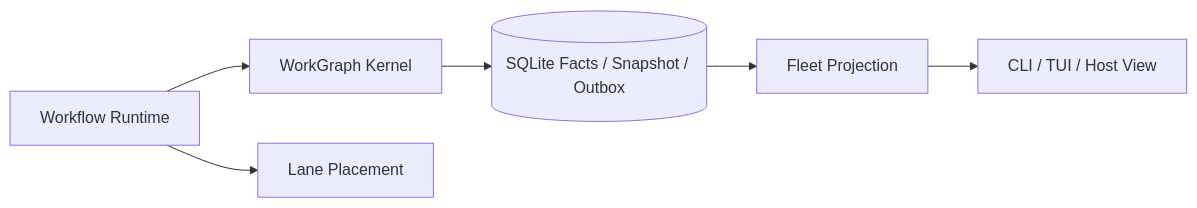
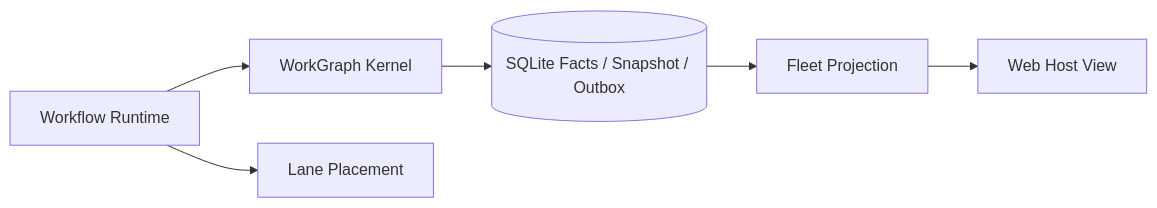
The diagram in docs/book/zh-CN/09-task-orchestration/05-lane-fleet-scheduling.md (fwtllh-png/CodeHelper), drawn with Mermaid before and after one commit. The commit also changed other lines of this file and 517 other files, not shown here.

````diff
--- a/docs/book/zh-CN/09-task-orchestration/05-lane-fleet-scheduling.md
+++ b/docs/book/zh-CN/09-task-orchestration/05-lane-fleet-scheduling.md
@@ -42,8 +42,8 @@
 ```mermaid
 flowchart LR
     W[Workflow Runtime] --> K[WorkGraph Kernel]
     K --> S[(SQLite Facts / Snapshot / Outbox)]
     S --> F[Fleet Projection]
-    F --> H[CLI / TUI / Host View]
+    F --> H[Web Host View]
     W --> L[Lane Placement]
 ```
````
